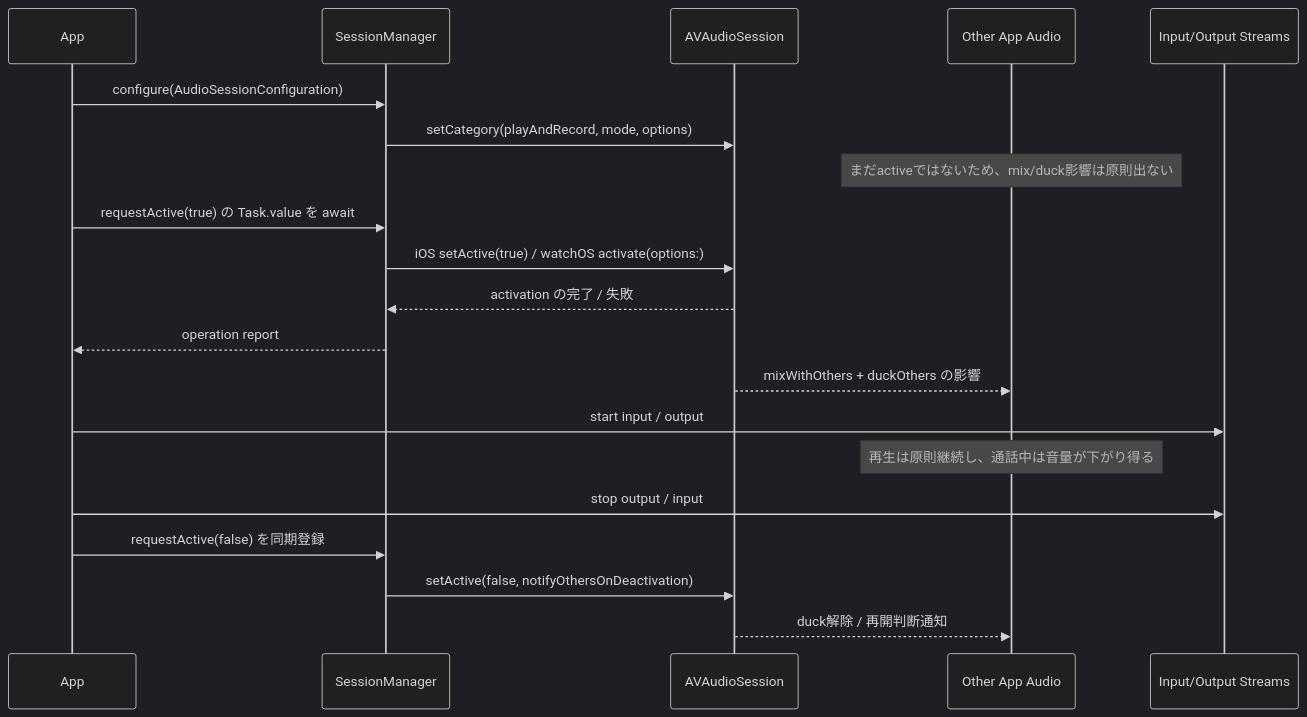
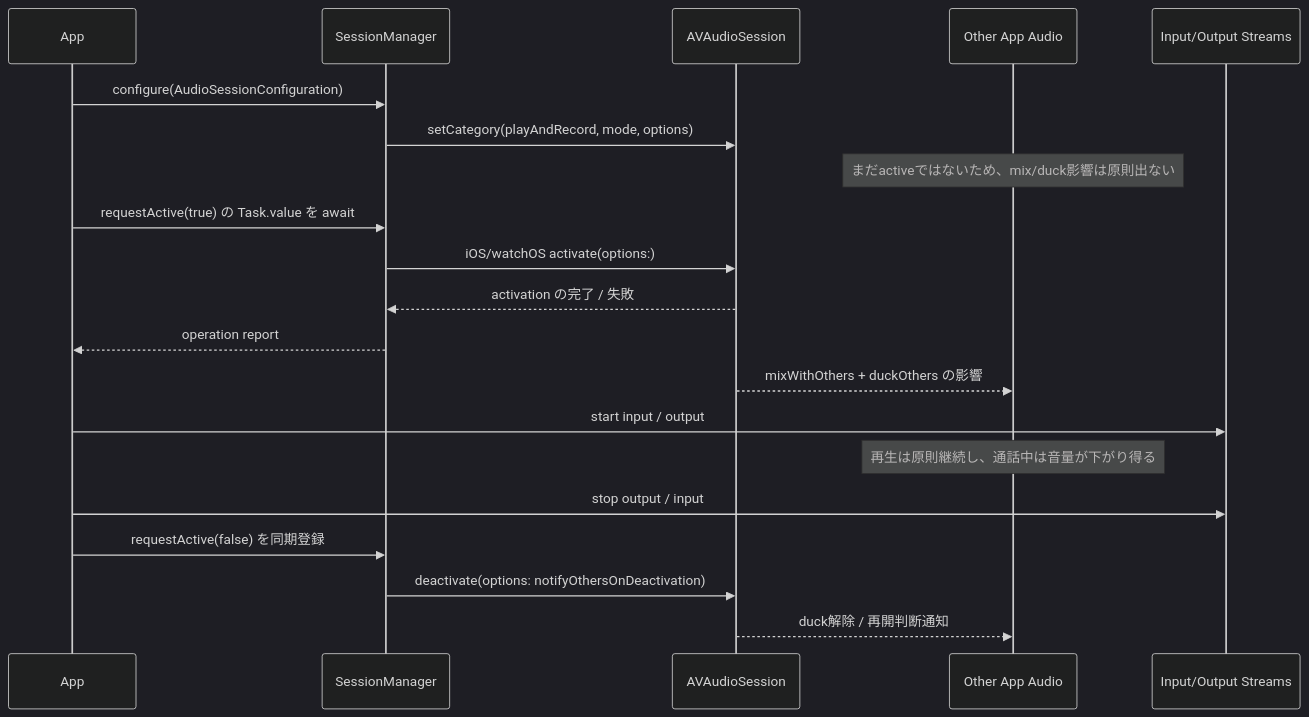
The first of 4 diagrams in docs/spec/packages/Audio/SessionManager.md (eroccowaruico/RideIntercom), drawn with Mermaid (dark theme) before and after one commit. The commit also changed other lines of this file and 15 other files, not shown here.

````diff
--- a/docs/spec/packages/Audio/SessionManager.md
+++ b/docs/spec/packages/Audio/SessionManager.md
@@ -74,23 +78,23 @@
 ```mermaid
 sequenceDiagram
     participant App
     participant SessionManager
     participant AVAudioSession
     participant OtherAudio as Other App Audio
     participant Streams as Input/Output Streams
 
     App->>SessionManager: configure(AudioSessionConfiguration)
     SessionManager->>AVAudioSession: setCategory(playAndRecord, mode, options)
     Note over OtherAudio: まだactiveではないため、mix/duck影響は原則出ない
     App->>SessionManager: requestActive(true) の Task.value を await
-    SessionManager->>AVAudioSession: iOS setActive(true) / watchOS activate(options:)
+    SessionManager->>AVAudioSession: iOS/watchOS activate(options:)
     AVAudioSession-->>SessionManager: activation の完了 / 失敗
     SessionManager-->>App: operation report
     AVAudioSession-->>OtherAudio: mixWithOthers + duckOthers の影響
     App->>Streams: start input / output
     Note over OtherAudio: 再生は原則継続し、通話中は音量が下がり得る
     App->>Streams: stop output / input
     App->>SessionManager: requestActive(false) を同期登録
-    SessionManager->>AVAudioSession: setActive(false, notifyOthersOnDeactivation)
+    SessionManager->>AVAudioSession: deactivate(options: notifyOthersOnDeactivation)
     AVAudioSession-->>OtherAudio: duck解除 / 再開判断通知
 ```
````
